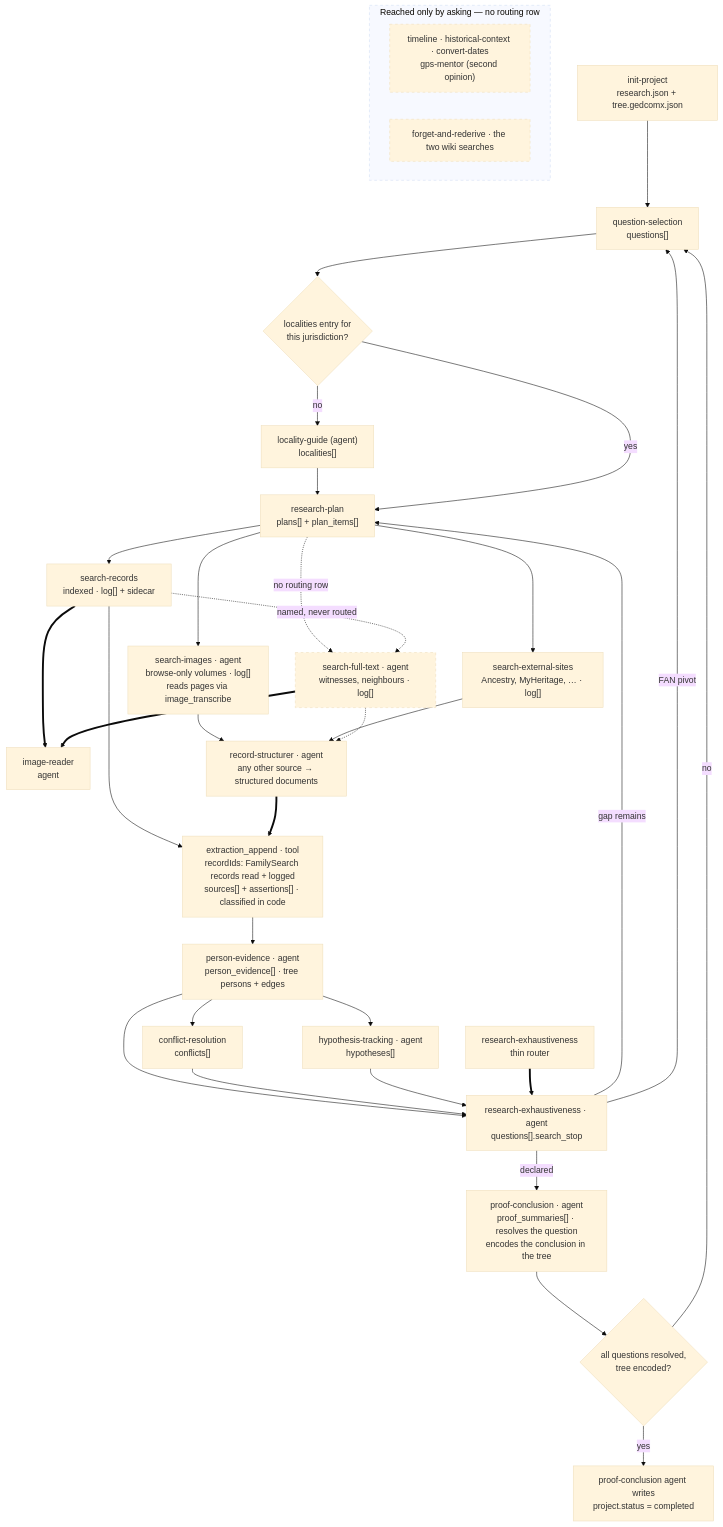
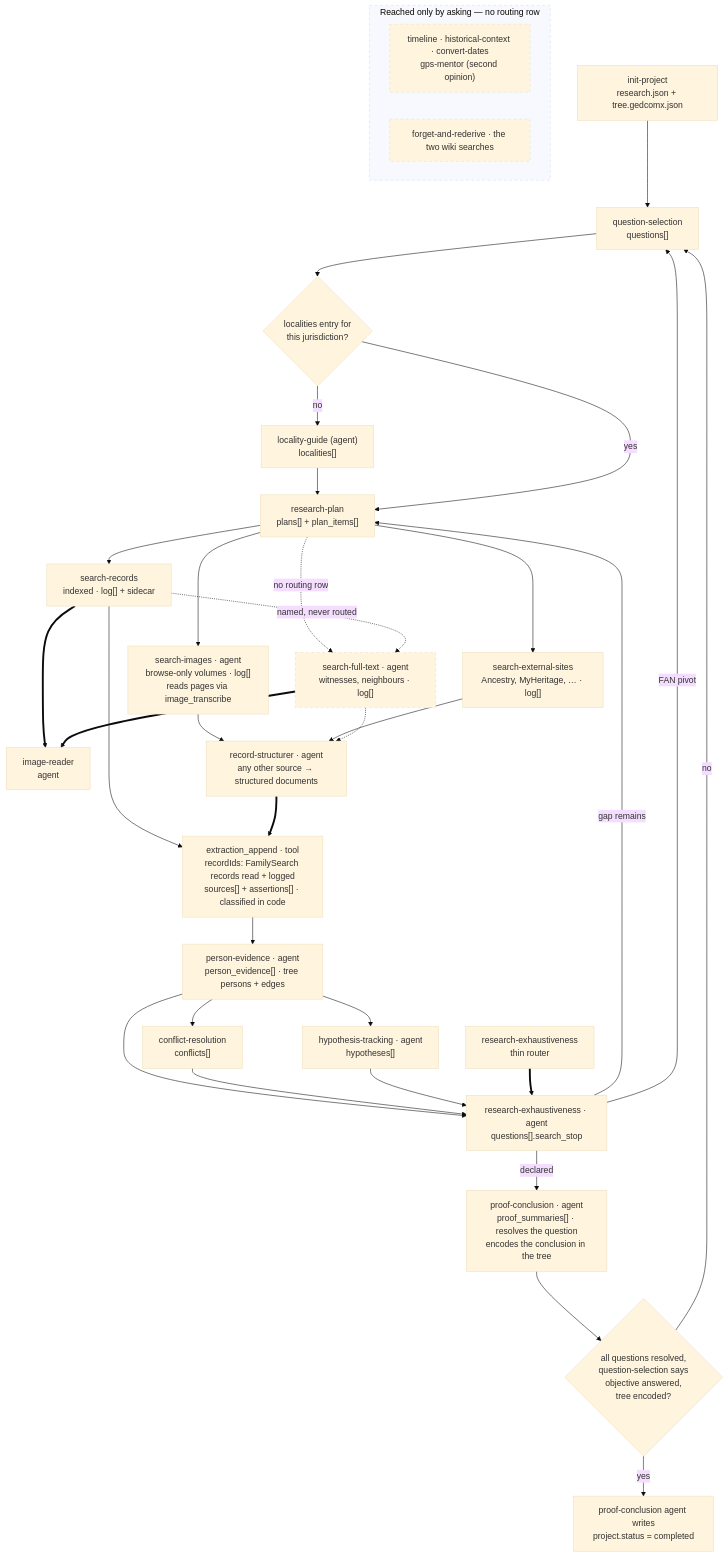
Before and after one commit to PioneerAIAcademy/cowork-genealogy: the diagram in docs/skill-dataflow.md, drawn with Mermaid (base theme). The commit also changed other lines of this file and 10 other files, not shown here.

First line of the commit message:
Complete the project only after question-selection confirms the objective (#3240)

````diff
--- a/docs/skill-dataflow.md
+++ b/docs/skill-dataflow.md
@@ -73,50 +73,50 @@
 ```mermaid
 flowchart TD
     IP["init-project<br/>research.json + tree.gedcomx.json"] --> QS
     QS["question-selection<br/>questions[]"] --> LOCGATE
     LOCGATE{"localities entry for<br/>this jurisdiction?"}
     LOCGATE -- no --> LG["locality-guide (agent)<br/>localities[]"] --> RP
     LOCGATE -- yes --> RP["research-plan<br/>plans[] + plan_items[]"]
 
     RP --> SR["search-records<br/>indexed · log[] + sidecar"]
     RP --> SE["search-external-sites<br/>Ancestry, MyHeritage, … · log[]"]
     RP --> SIA["search-images · agent<br/>browse-only volumes · log[]<br/>reads pages via image_transcribe"]
     RP -.->|"no routing row"| SF["search-full-text · agent<br/>witnesses, neighbours · log[]"]
     SR -.->|"named, never routed"| SF
     SR ==> IR["image-reader<br/>agent"]
     SF ==> IR
 
     SR --> XA
     SIA --> RS
     SE --> RS
     SF -.-> RS
     XA["extraction_append · tool<br/>recordIds: FamilySearch records read + logged<br/>sources[] + assertions[] · classified in code"]
     RS["record-structurer · agent<br/>any other source → structured documents"] ==> XA
 
     XA --> PE["person-evidence · agent<br/>person_evidence[] · tree persons + edges"]
     PE --> CR["conflict-resolution<br/>conflicts[]"]
     PE --> HT["hypothesis-tracking · agent<br/>hypotheses[]"]
     PE --> EXA
     CR --> EXA
     HT --> EXA
 
     EX["research-exhaustiveness<br/>thin router"]
     EX ==> EXA["research-exhaustiveness · agent<br/>questions[].search_stop"]
     EXA -- "gap remains" --> RP
     EXA -- "FAN pivot" --> QS
     EXA -- "declared" --> PCA
 
     PCA["proof-conclusion · agent<br/>proof_summaries[] · resolves the question<br/>encodes the conclusion in the tree"]
-    PCA --> GATE{"all questions resolved,<br/>tree encoded?"}
+    PCA --> GATE{"all questions resolved,<br/>question-selection says<br/>objective answered,<br/>tree encoded?"}
     GATE -- no --> QS
     GATE -- yes --> DONE["proof-conclusion agent writes<br/>project.status = completed"]
 
     subgraph ASK ["Reached only by asking — no routing row"]
         direction LR
         U1["timeline · historical-context · convert-dates<br/>gps-mentor (second opinion)"]
         U2["forget-and-rederive · the two wiki searches"]
     end
 
     classDef unrouted stroke-dasharray: 5 5
     class SF,ASK,U1,U2 unrouted
 ```
````
